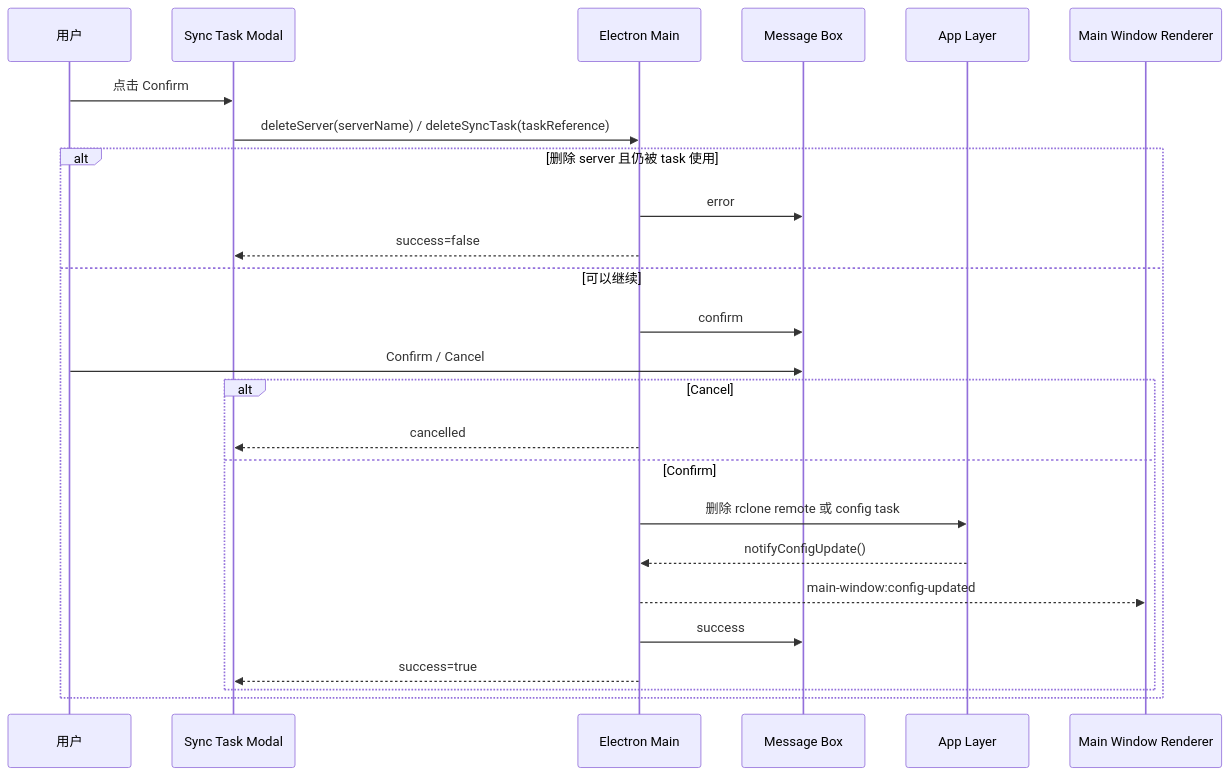
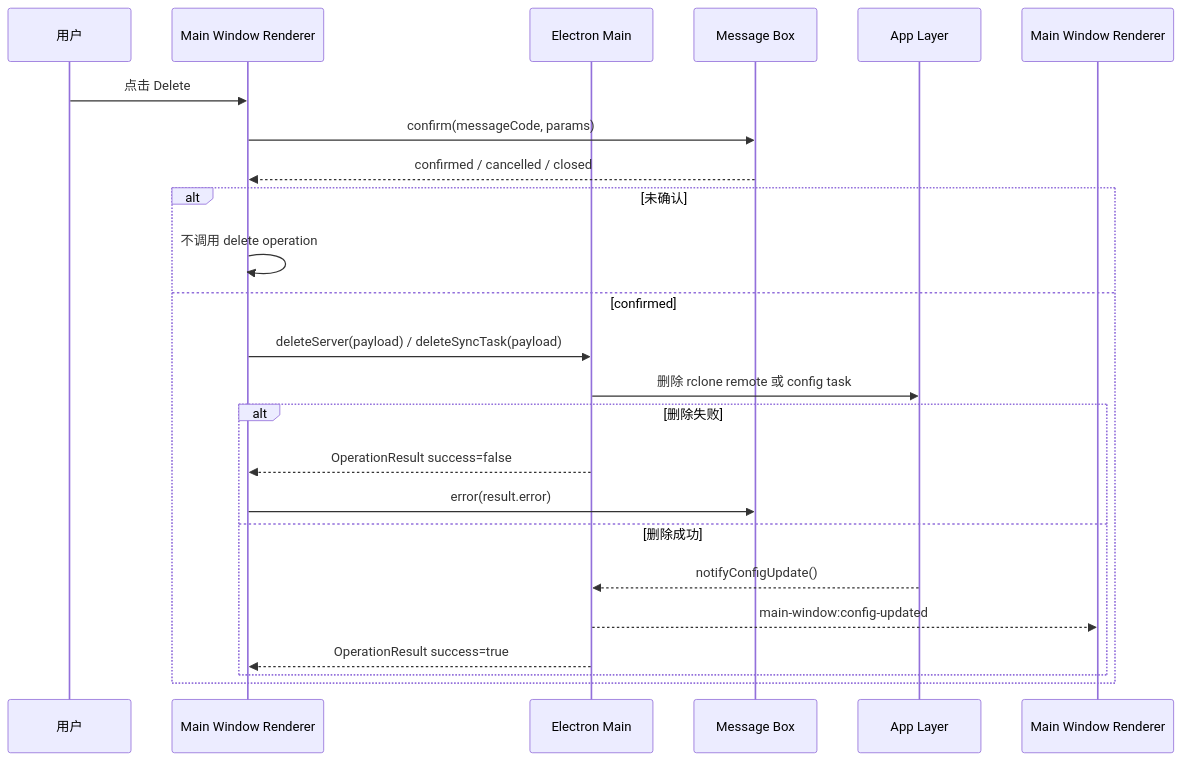
One commit to agalloch21/sync-with-rclone changed diagram 14 of 14 in docs/Flows.md. Above: the diagram before and after it, drawn with Mermaid. The commit also changed other lines of this file and 44 other files, not shown here.

````diff
--- a/docs/Flows.md
+++ b/docs/Flows.md
@@ -385,28 +447,27 @@
 ```mermaid
 sequenceDiagram
   participant U as 用户
-  participant M as Sync Task Modal
+  participant R as Main Window Renderer
   participant EM as Electron Main
   participant MB as Message Box
   participant APP as App Layer
   participant MW as Main Window Renderer
 
-  U->>M: 点击 Confirm
-  M->>EM: deleteServer(serverName) / deleteSyncTask(taskReference)
-  alt 删除 server 且仍被 task 使用
-    EM->>MB: error
-    EM-->>M: success=false
-  else 可以继续
-    EM->>MB: confirm
-    U->>MB: Confirm / Cancel
-    alt Cancel
-      EM-->>M: cancelled
-    else Confirm
-      EM->>APP: 删除 rclone remote 或 config task
+  U->>R: 点击 Delete
+  R->>MB: confirm(messageCode, params)
+  MB-->>R: confirmed / cancelled / closed
+  alt 未确认
+    R->>R: 不调用 delete operation
+  else confirmed
+    R->>EM: deleteServer(payload) / deleteSyncTask(payload)
+    EM->>APP: 删除 rclone remote 或 config task
+    alt 删除失败
+      EM-->>R: OperationResult success=false
+      R->>MB: error(result.error)
+    else 删除成功
       APP-->>EM: notifyConfigUpdate()
       EM-->>MW: main-window:config-updated
-      EM->>MB: success
-      EM-->>M: success=true
+      EM-->>R: OperationResult success=true
     end
   end
 ```
````
